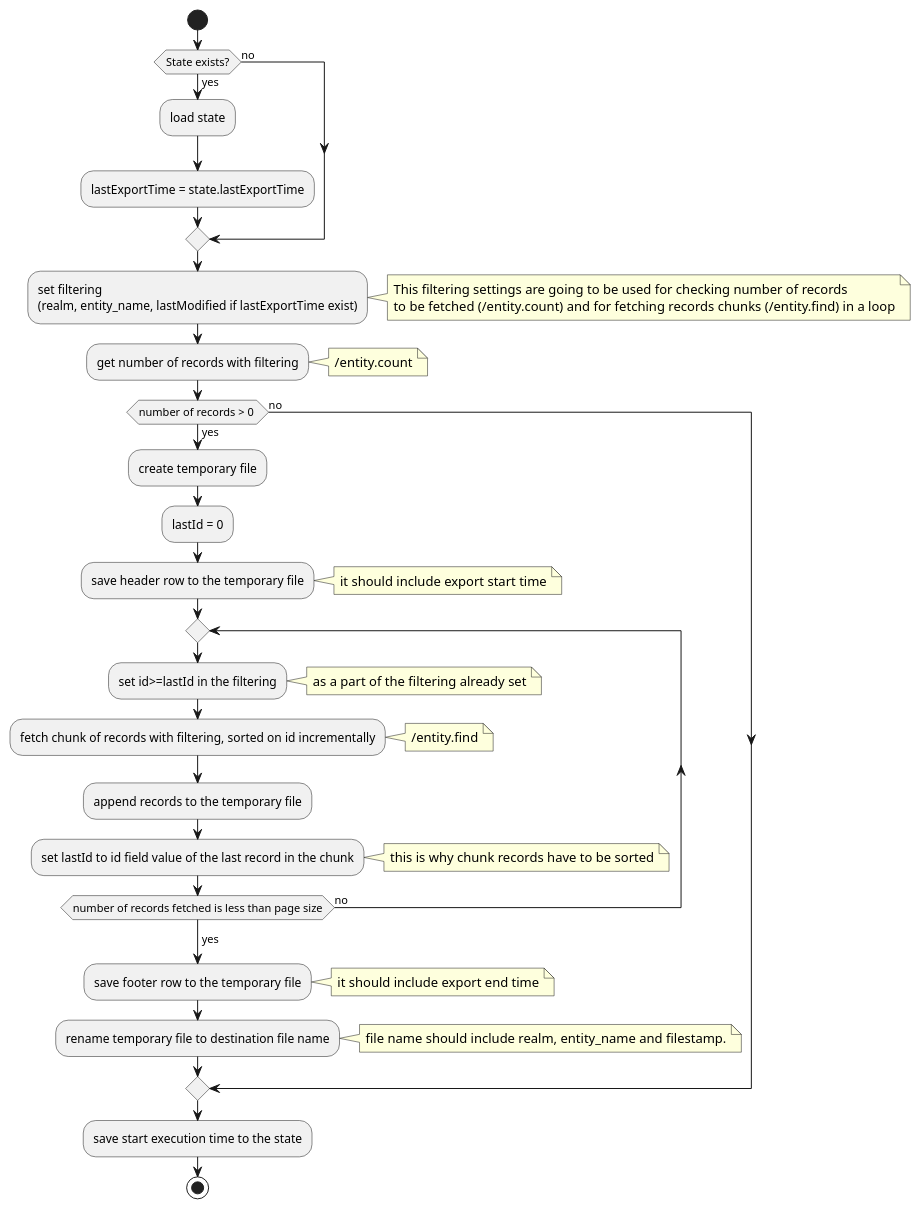
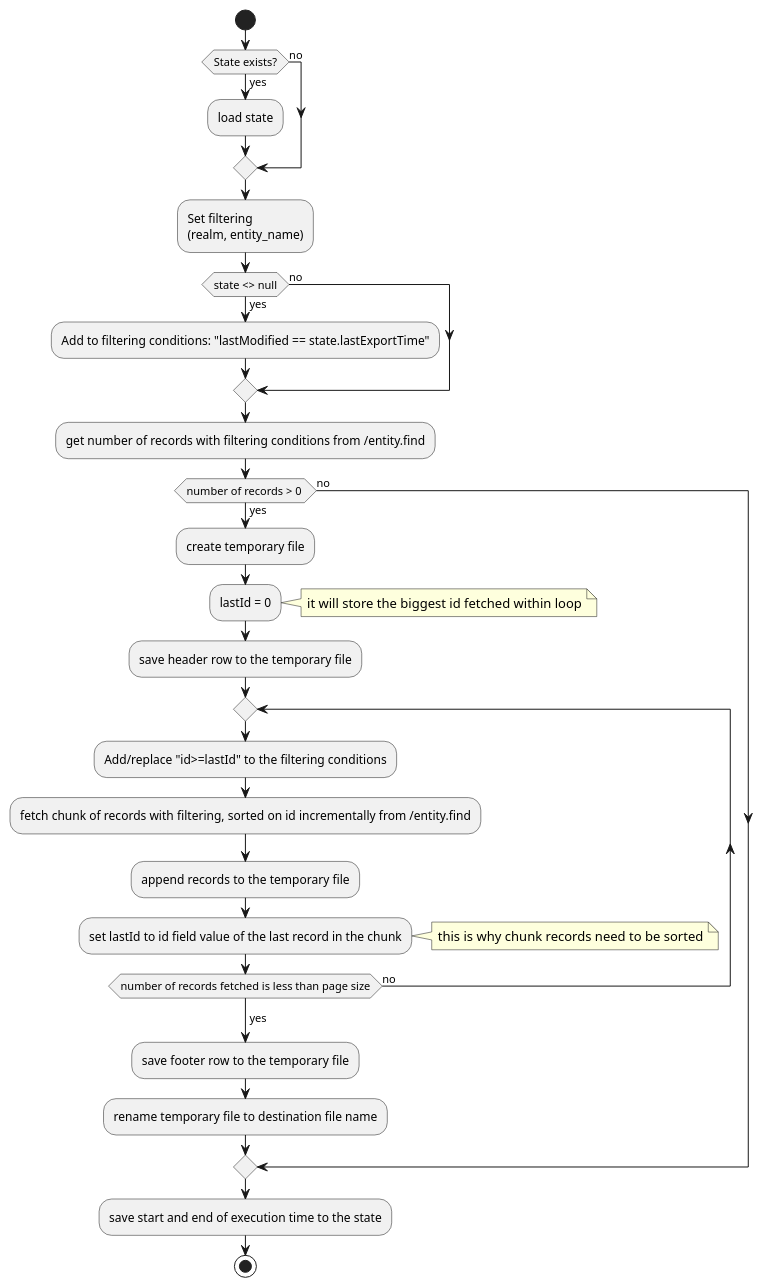
Before and after one commit to artursudnik-janrain/entities-export: the diagram in doc/algorithm.puml, drawn with PlantUML. The commit also changed 5 other files, not shown here.

```diff
--- a/doc/algorithm.puml
+++ b/doc/algorithm.puml
@@ -1,66 +1,50 @@
 @startuml
 start
 
 if (State exists?) then (no)
 
 else (yes)
   :load state;
-  :lastExportTime = state.lastExportTime;
 endif
 
-:set filtering
-(realm, entity_name, lastModified if lastExportTime exist);
-note right
-    This filtering settings are going to be used for checking number of records
-    to be fetched (/entity.count) and for fetching records chunks (/entity.find) in a loop
-end note
+:Set filtering
+(realm, entity_name);
 
+if(state <> null) then (no)
+else (yes)
+    :Add to filtering conditions: "lastModified == state.lastExportTime";
+endif
 
-:get number of records with filtering;
-note right
-    /entity.count
-end note
+:get number of records with filtering conditions from /entity.find;
 
 if (number of records > 0 ) then (yes)
     :create temporary file;
 
     :lastId = 0;
+    note right
+        it will store the biggest id fetched within loop
+    end note
 
     :save header row to the temporary file;
-    note right
-        it should include export start time
-    end note
 
     repeat
-        :set id>=lastId in the filtering;
-        note right
-            as a part of the filtering already set
-        end note
-        :fetch chunk of records with filtering, sorted on id incrementally;
-        note right
-            /entity.find
-        end note
+        :Add/replace "id>=lastId" to the filtering conditions;
+        :fetch chunk of records with filtering, sorted on id incrementally from /entity.find;
 
         :append records to the temporary file;
         :set lastId to id field value of the last record in the chunk;
         note right
-            this is why chunk records have to be sorted
+            this is why chunk records need to be sorted
         end note
     repeat while (number of records fetched is less than page size) is (no)
     -> yes;
 
     :save footer row to the temporary file;
-    note right
-            it should include export end time
-    end note
 
     :rename temporary file to destination file name;
 
-    note right
-        file name should include realm, entity_name and filestamp.
-    end note
 else (no)
 endif
-:save start execution time to the state;
+:save start and end of execution time to the state;
 stop
 @enduml
```
